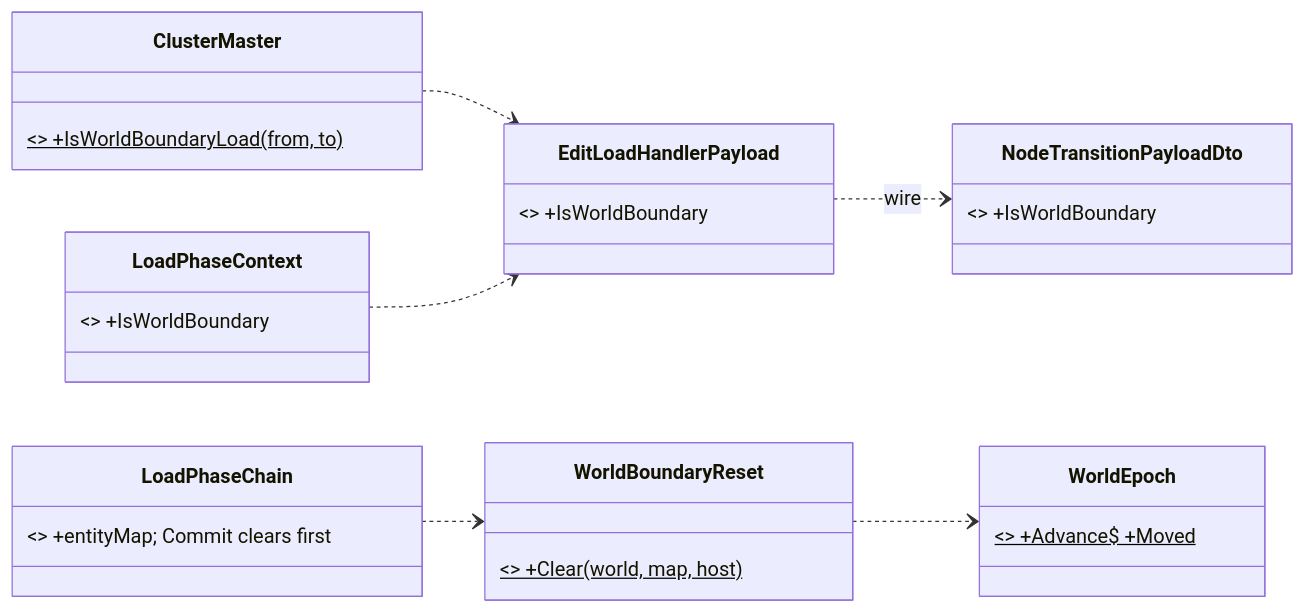
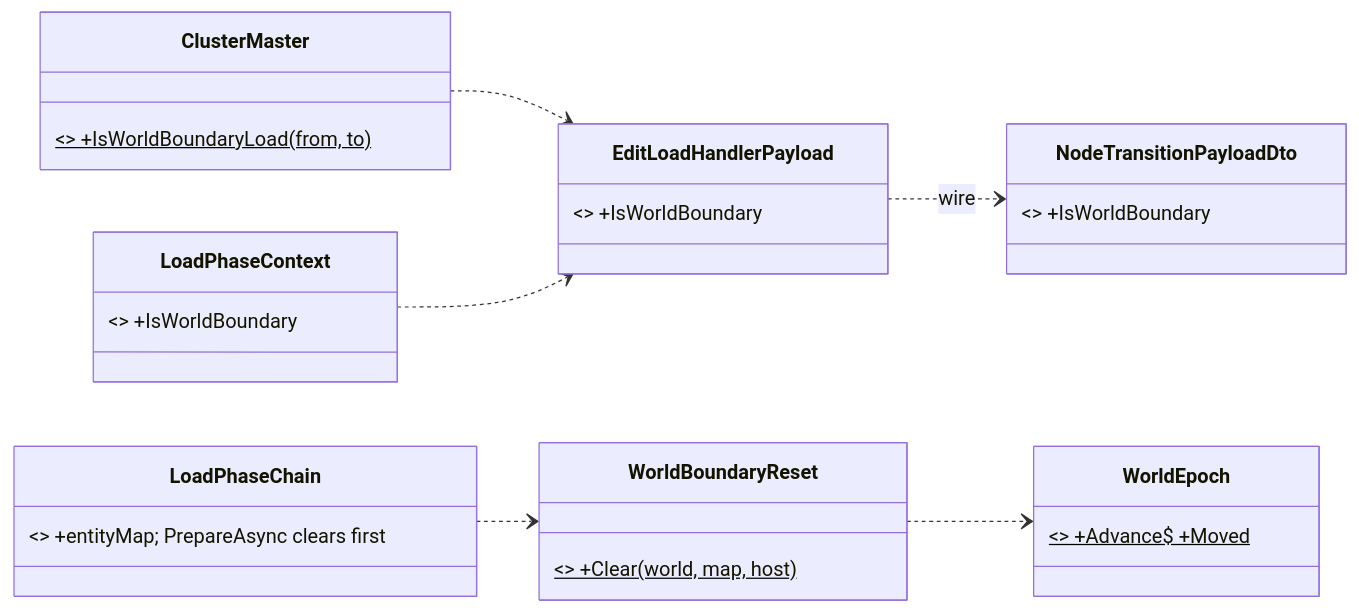
The eighth of 11 diagrams in docs/DESIGN_Cluster_Load_Phase.md (pjanec/HROT), drawn with Mermaid before and after one commit. The commit also changed other lines of this file and 3 other files, not shown here.

First line of the commit message:
fix(load): the world-boundary clear runs when the load starts, not at Commit (P4 regression)

````diff
--- a/docs/DESIGN_Cluster_Load_Phase.md
+++ b/docs/DESIGN_Cluster_Load_Phase.md
@@ -812,16 +813,16 @@
 ```mermaid
 classDiagram
   direction LR
   class ClusterMaster { <<existing>> +IsWorldBoundaryLoad(from, to)$ }
   class EditLoadHandlerPayload { <<existing, grows>> +IsWorldBoundary }
   class NodeTransitionPayloadDto { <<existing, grows>> +IsWorldBoundary }
   class LoadPhaseContext { <<existing, grows>> +IsWorldBoundary }
-  class LoadPhaseChain { <<existing, grows>> +entityMap; Commit clears first }
+  class LoadPhaseChain { <<existing, grows>> +entityMap; PrepareAsync clears first }
   class WorldBoundaryReset { <<NEW>> +Clear(world, map, host)$ }
   class WorldEpoch { <<NEW managed singleton, id 332>> +Advance$ +Moved$ }
   ClusterMaster ..> EditLoadHandlerPayload
   EditLoadHandlerPayload ..> NodeTransitionPayloadDto : wire
   LoadPhaseContext ..> EditLoadHandlerPayload
   LoadPhaseChain ..> WorldBoundaryReset
   WorldBoundaryReset ..> WorldEpoch
 ```
````
